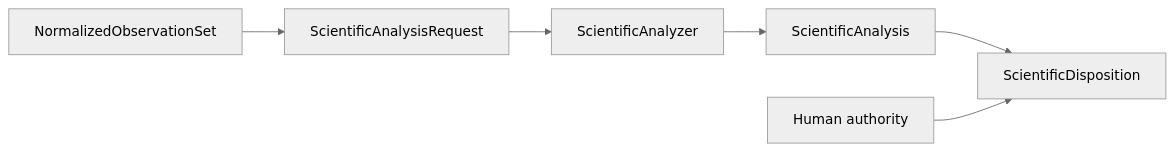
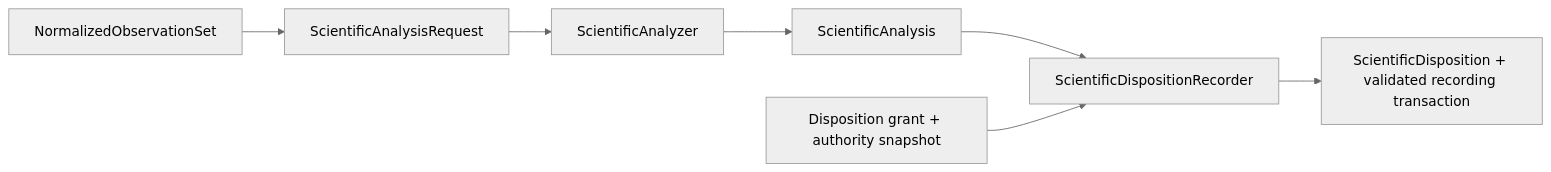
Before and after one commit to eragasa/ksdft2effmass: the diagram in docs/architecture/v2/analysis/index.md, drawn with Mermaid (neutral theme). The commit also changed other lines of this file and 80 other files, not shown here.

Commit message:
docs: reconcile architecture v2

````diff
--- a/docs/architecture/v2/analysis/index.md
+++ b/docs/architecture/v2/analysis/index.md
@@ -7,8 +7,9 @@
 ```mermaid
 flowchart LR
     observations["NormalizedObservationSet"] --> request["ScientificAnalysisRequest"]
     request --> analyzer["ScientificAnalyzer"]
     analyzer --> analysis["ScientificAnalysis"]
-    analysis --> disposition["ScientificDisposition"]
-    authority["Human authority"] --> disposition
+    analysis --> recorder["ScientificDispositionRecorder"]
+    authority["Disposition grant + authority snapshot"] --> recorder
+    recorder --> disposition["ScientificDisposition + validated recording transaction"]
 ```
````
